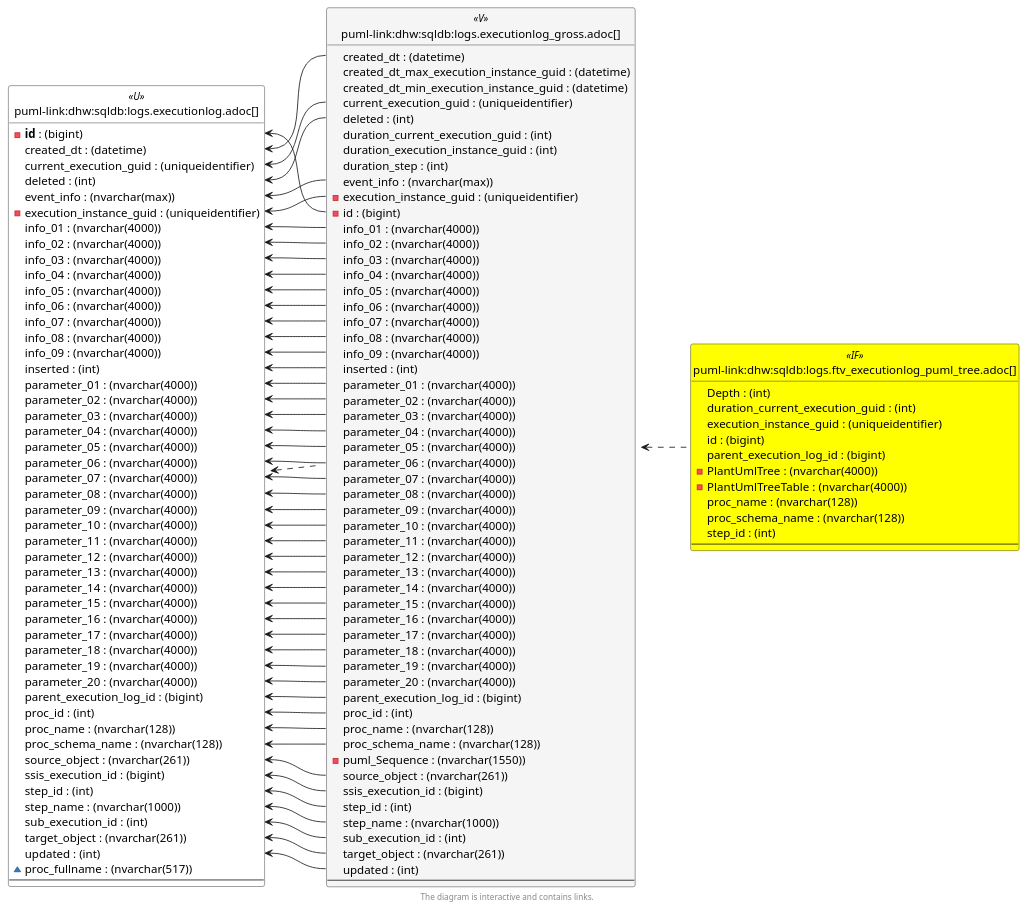
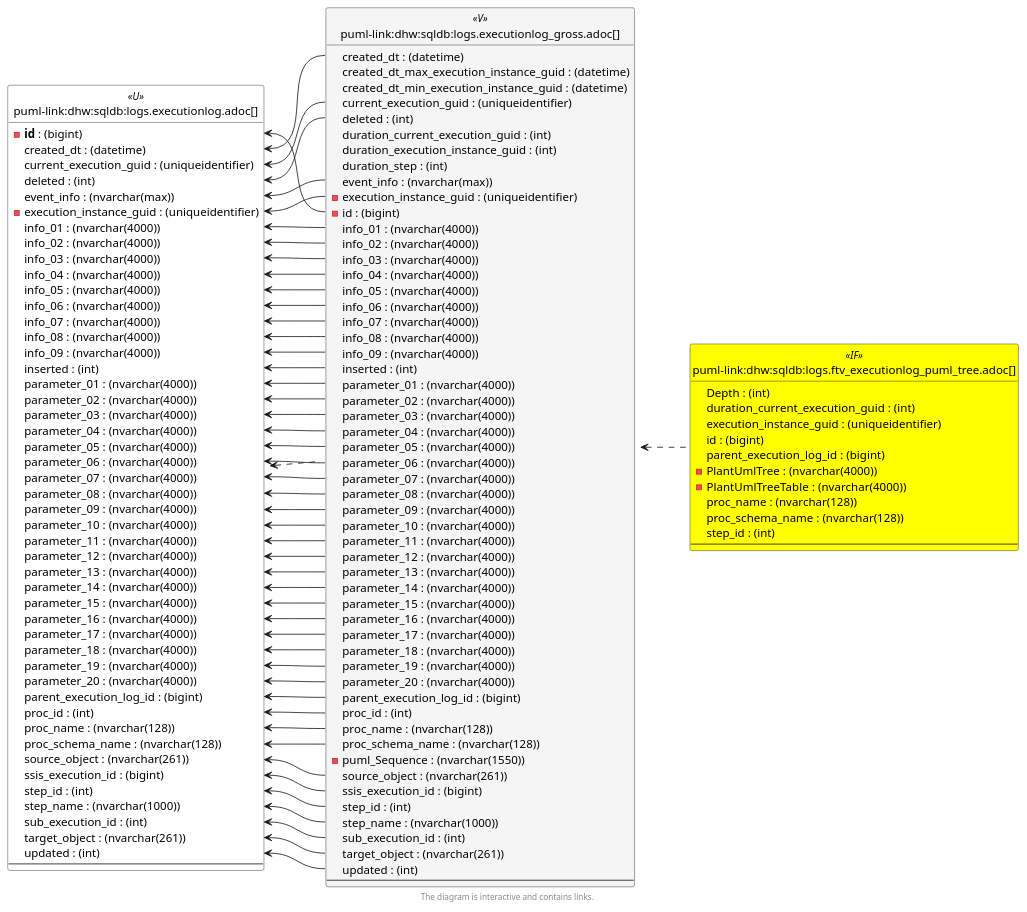
The sixth of 6 diagrams in docs/modules/sqldb/partials/content/logs.executionlog_gross.adoc (DataHandwerk/dhw-antora-sqldb), drawn with PlantUML before and after one commit. The commit also changed other lines of this file and 701 other files, not shown here.

```diff
--- a/docs/modules/sqldb/partials/content/logs.executionlog_gross.adoc
+++ b/docs/modules/sqldb/partials/content/logs.executionlog_gross.adoc
@@ -2124,7 +2124,6 @@
   sub_execution_id : (int)
   target_object : (nvarchar(261))
   updated : (int)
-  ~ proc_fullname : (nvarchar(517))
   --
 }
 
```
